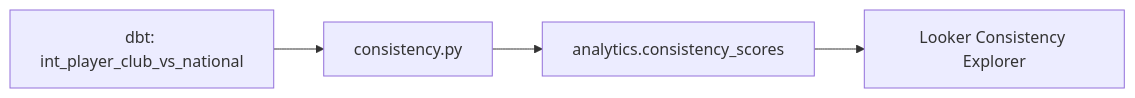
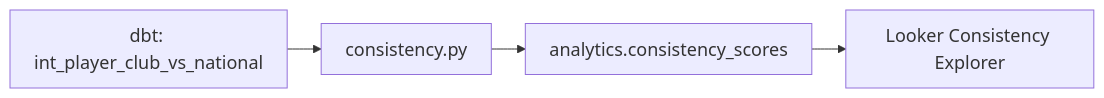
The first of 2 diagrams in presentation/final_presentation.qmd (TrilemmaFoundation/UBC-MDS-Soccer-Capstone-2026), drawn with Mermaid before and after one commit. The commit also changed other lines of this file and 6 other files, not shown here.

````diff
--- a/presentation/final_presentation.qmd
+++ b/presentation/final_presentation.qmd
@@ -179,7 +211,8 @@
 ```{mermaid}
-%%| fig-width: 9
+%%| fig-width: 10
+%%{init: {'themeVariables': {'fontSize': '18px'}, 'flowchart': {'nodeSpacing': 38, 'rankSpacing': 34, 'padding': 12}}}%%
 flowchart LR
     A[dbt: int_player_club_vs_national] --> B[consistency.py]
     B --> C[analytics.consistency_scores]
     C --> D[Looker Consistency Explorer]
 ```
````
